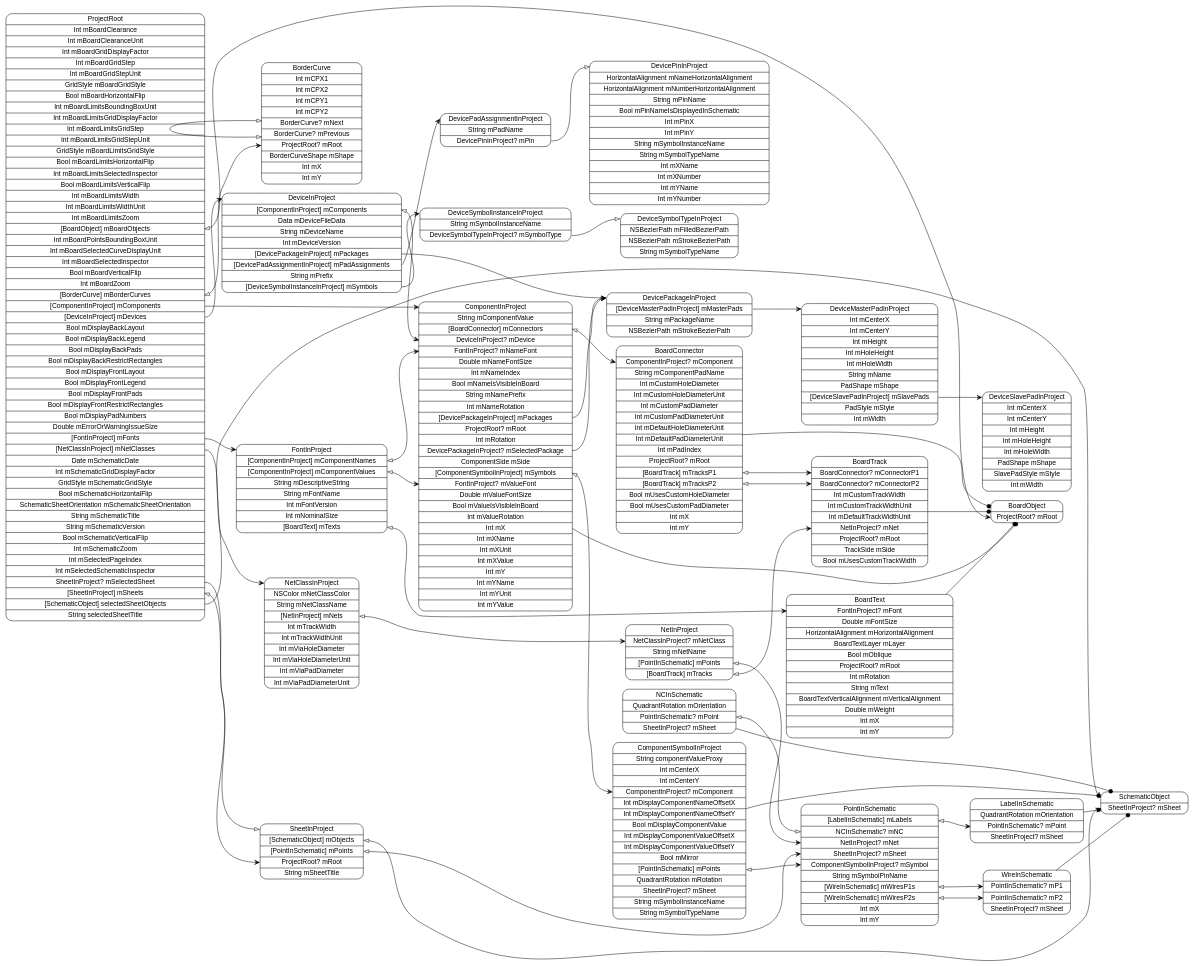
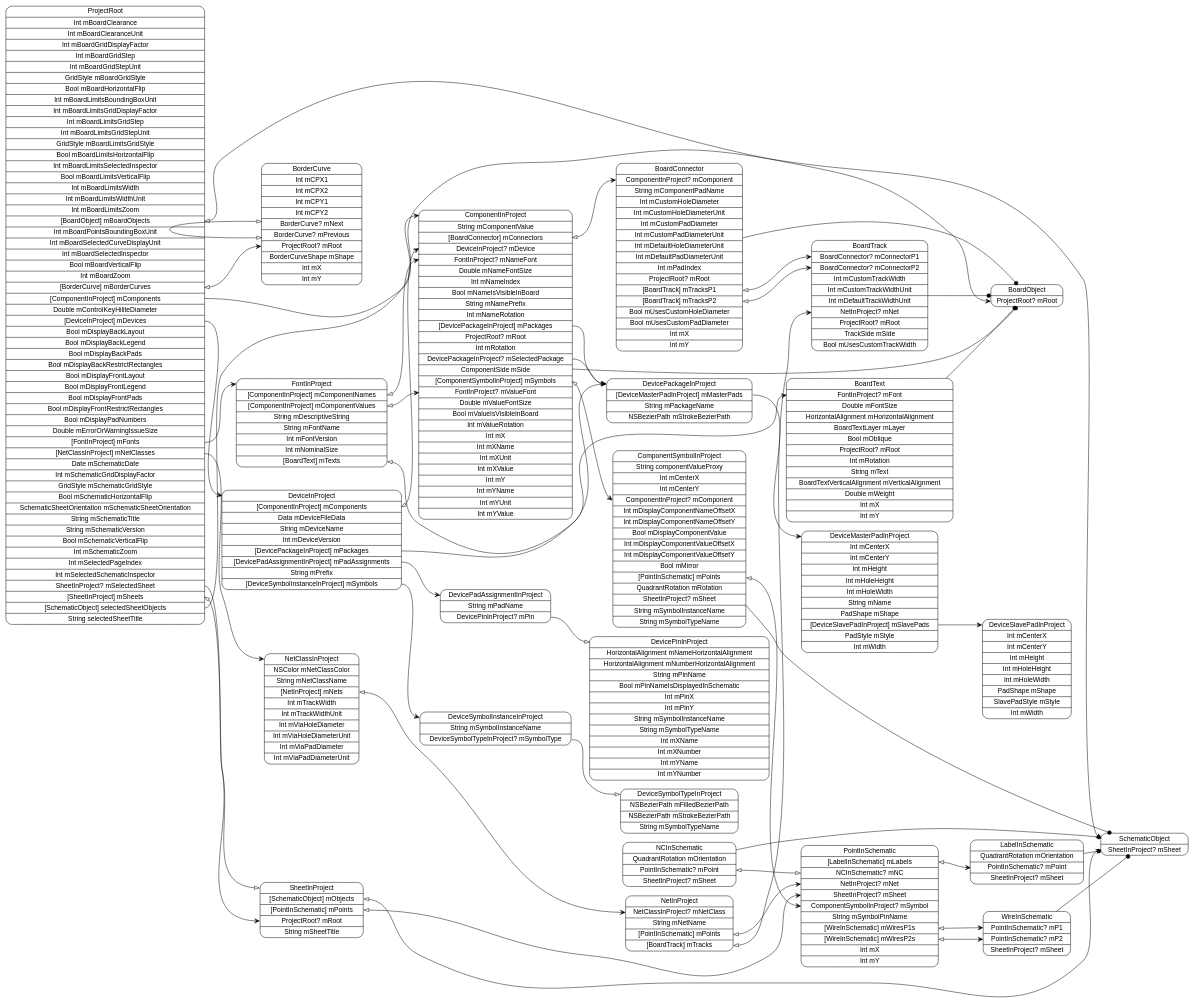
One commit to pierremolinaro/ElCanari-dev changed the diagram in models/ProjectRoot.dot. Above: the diagram before and after it, drawn with Graphviz. The commit also changed 16 other files, not shown here.

```diff
--- a/models/ProjectRoot.dot
+++ b/models/ProjectRoot.dot
@@ -1,7 +1,7 @@
 digraph G {
   rankdir=LR ;
   node [shape=record fontname=helvetica style=rounded] ;
-  ProjectRoot[label="<ProjectRoot>ProjectRoot|Int mBoardClearance|Int mBoardClearanceUnit|Int mBoardGridDisplayFactor|Int mBoardGridStep|Int mBoardGridStepUnit|GridStyle mBoardGridStyle|Bool mBoardHorizontalFlip|Int mBoardLimitsBoundingBoxUnit|Int mBoardLimitsGridDisplayFactor|Int mBoardLimitsGridStep|Int mBoardLimitsGridStepUnit|GridStyle mBoardLimitsGridStyle|Bool mBoardLimitsHorizontalFlip|Int mBoardLimitsSelectedInspector|Bool mBoardLimitsVerticalFlip|Int mBoardLimitsWidth|Int mBoardLimitsWidthUnit|Int mBoardLimitsZoom|<mBoardObjects>[BoardObject] mBoardObjects|Int mBoardPointsBoundingBoxUnit|Int mBoardSelectedCurveDisplayUnit|Int mBoardSelectedInspector|Bool mBoardVerticalFlip|Int mBoardZoom|<mBorderCurves>[BorderCurve] mBorderCurves|<mComponents>[ComponentInProject] mComponents|<mDevices>[DeviceInProject] mDevices|Bool mDisplayBackLayout|Bool mDisplayBackLegend|Bool mDisplayBackPads|Bool mDisplayBackRestrictRectangles|Bool mDisplayFrontLayout|Bool mDisplayFrontLegend|Bool mDisplayFrontPads|Bool mDisplayFrontRestrictRectangles|Bool mDisplayPadNumbers|Double mErrorOrWarningIssueSize|<mFonts>[FontInProject] mFonts|<mNetClasses>[NetClassInProject] mNetClasses|Date mSchematicDate|Int mSchematicGridDisplayFactor|GridStyle mSchematicGridStyle|Bool mSchematicHorizontalFlip|SchematicSheetOrientation mSchematicSheetOrientation|String mSchematicTitle|String mSchematicVersion|Bool mSchematicVerticalFlip|Int mSchematicZoom|Int mSelectedPageIndex|Int mSelectedSchematicInspector|<mSelectedSheet>SheetInProject? mSelectedSheet|<mSheets>[SheetInProject] mSheets|<selectedSheetObjects>[SchematicObject] selectedSheetObjects|String selectedSheetTitle"] ;
+  ProjectRoot[label="<ProjectRoot>ProjectRoot|Int mBoardClearance|Int mBoardClearanceUnit|Int mBoardGridDisplayFactor|Int mBoardGridStep|Int mBoardGridStepUnit|GridStyle mBoardGridStyle|Bool mBoardHorizontalFlip|Int mBoardLimitsBoundingBoxUnit|Int mBoardLimitsGridDisplayFactor|Int mBoardLimitsGridStep|Int mBoardLimitsGridStepUnit|GridStyle mBoardLimitsGridStyle|Bool mBoardLimitsHorizontalFlip|Int mBoardLimitsSelectedInspector|Bool mBoardLimitsVerticalFlip|Int mBoardLimitsWidth|Int mBoardLimitsWidthUnit|Int mBoardLimitsZoom|<mBoardObjects>[BoardObject] mBoardObjects|Int mBoardPointsBoundingBoxUnit|Int mBoardSelectedCurveDisplayUnit|Int mBoardSelectedInspector|Bool mBoardVerticalFlip|Int mBoardZoom|<mBorderCurves>[BorderCurve] mBorderCurves|<mComponents>[ComponentInProject] mComponents|Double mControlKeyHiliteDiameter|<mDevices>[DeviceInProject] mDevices|Bool mDisplayBackLayout|Bool mDisplayBackLegend|Bool mDisplayBackPads|Bool mDisplayBackRestrictRectangles|Bool mDisplayFrontLayout|Bool mDisplayFrontLegend|Bool mDisplayFrontPads|Bool mDisplayFrontRestrictRectangles|Bool mDisplayPadNumbers|Double mErrorOrWarningIssueSize|<mFonts>[FontInProject] mFonts|<mNetClasses>[NetClassInProject] mNetClasses|Date mSchematicDate|Int mSchematicGridDisplayFactor|GridStyle mSchematicGridStyle|Bool mSchematicHorizontalFlip|SchematicSheetOrientation mSchematicSheetOrientation|String mSchematicTitle|String mSchematicVersion|Bool mSchematicVerticalFlip|Int mSchematicZoom|Int mSelectedPageIndex|Int mSelectedSchematicInspector|<mSelectedSheet>SheetInProject? mSelectedSheet|<mSheets>[SheetInProject] mSheets|<selectedSheetObjects>[SchematicObject] selectedSheetObjects|String selectedSheetTitle"] ;
   SchematicObject[label="<SchematicObject>SchematicObject|<mSheet>SheetInProject? mSheet"] ;
   SheetInProject[label="<SheetInProject>SheetInProject|<mObjects>[SchematicObject] mObjects|<mPoints>[PointInSchematic] mPoints|<mRoot>ProjectRoot? mRoot|String mSheetTitle"] ;
   PointInSchematic[label="<PointInSchematic>PointInSchematic|<mLabels>[LabelInSchematic] mLabels|<mNC>NCInSchematic? mNC|<mNet>NetInProject? mNet|<mSheet>SheetInProject? mSheet|<mSymbol>ComponentSymbolInProject? mSymbol|String mSymbolPinName|<mWiresP1s>[WireInSchematic] mWiresP1s|<mWiresP2s>[WireInSchematic] mWiresP2s|Int mX|Int mY"] ;
```
